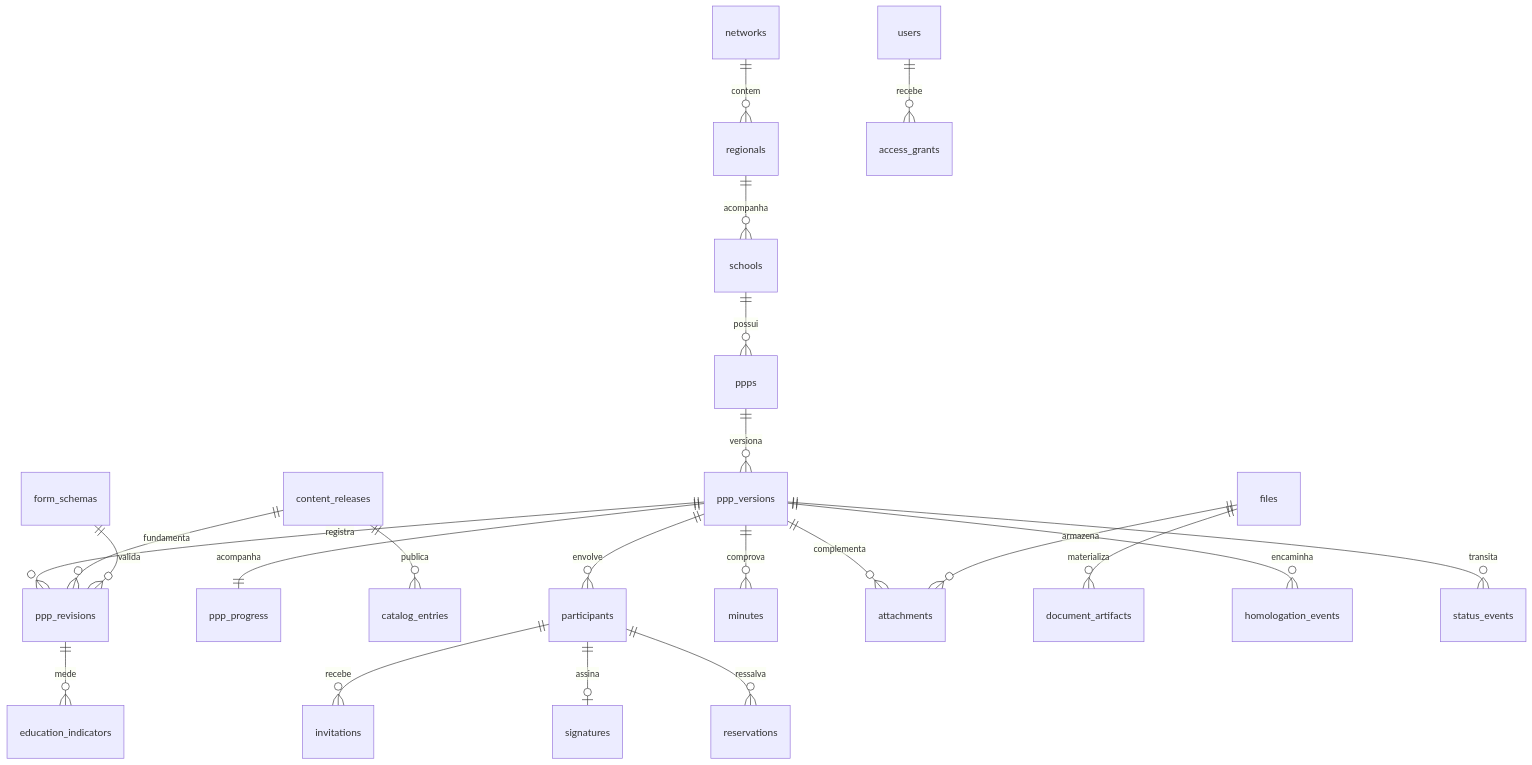
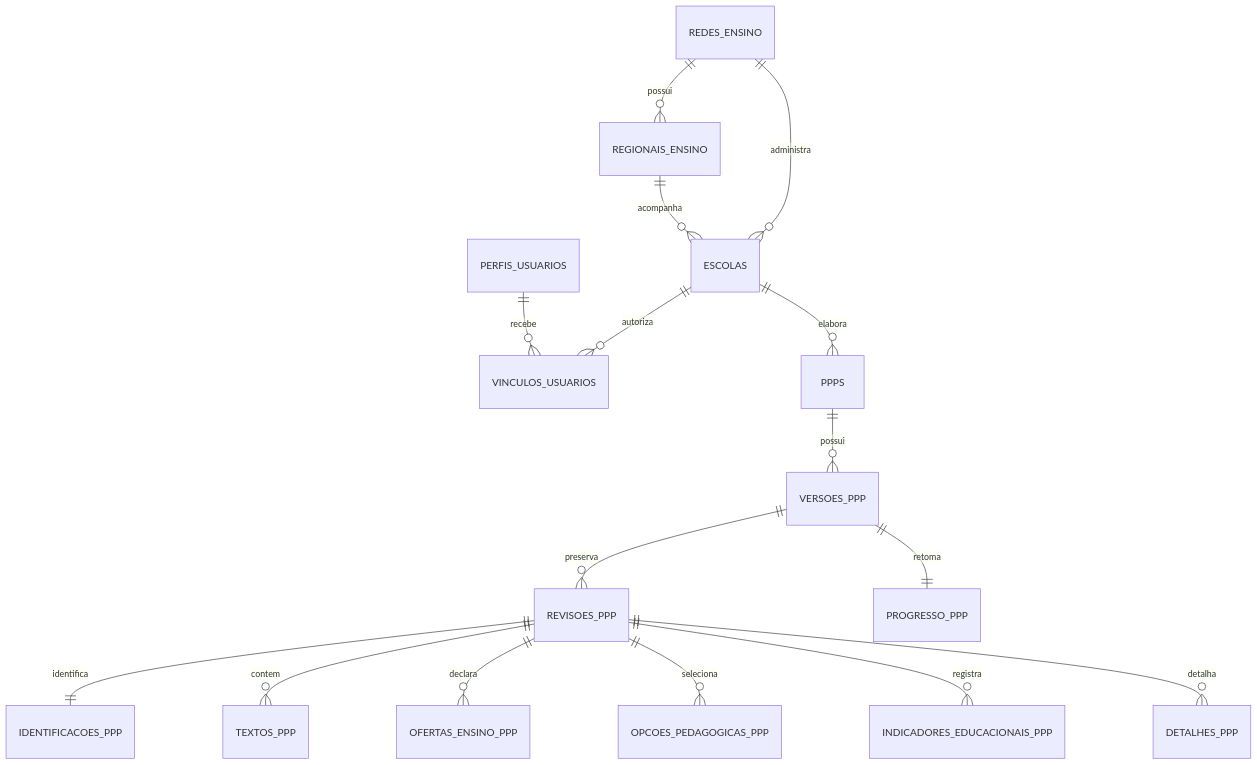
Before and after one commit to Lucaskayke814/Projeto-PPP: the diagram in docs/database-architecture.md, drawn with Mermaid. The commit also changed other lines of this file and 55 other files, not shown here.

````diff
--- a/docs/database-architecture.md
+++ b/docs/database-architecture.md
@@ -163,24 +20,18 @@
 ```mermaid
 erDiagram
-    networks ||--o{ regionals : contem
-    regionals ||--o{ schools : acompanha
-    users ||--o{ access_grants : recebe
-    schools ||--o{ ppps : possui
-    ppps ||--o{ ppp_versions : versiona
-    ppp_versions ||--o{ ppp_revisions : registra
-    ppp_versions ||--|| ppp_progress : acompanha
-    ppp_revisions ||--o{ education_indicators : mede
-    content_releases ||--o{ ppp_revisions : fundamenta
-    form_schemas ||--o{ ppp_revisions : valida
-    content_releases ||--o{ catalog_entries : publica
-    ppp_versions ||--o{ participants : envolve
-    participants ||--o{ invitations : recebe
-    participants ||--o| signatures : assina
-    participants ||--o{ reservations : ressalva
-    ppp_versions ||--o{ minutes : comprova
-    ppp_versions ||--o{ attachments : complementa
-    files ||--o{ attachments : armazena
-    files ||--o{ document_artifacts : materializa
-    ppp_versions ||--o{ homologation_events : encaminha
-    ppp_versions ||--o{ status_events : transita
+  REDES_ENSINO ||--o{ REGIONAIS_ENSINO : possui
+  REGIONAIS_ENSINO ||--o{ ESCOLAS : acompanha
+  REDES_ENSINO ||--o{ ESCOLAS : administra
+  PERFIS_USUARIOS ||--o{ VINCULOS_USUARIOS : recebe
+  ESCOLAS ||--o{ VINCULOS_USUARIOS : autoriza
+  ESCOLAS ||--o{ PPPS : elabora
+  PPPS ||--o{ VERSOES_PPP : possui
+  VERSOES_PPP ||--o{ REVISOES_PPP : preserva
+  REVISOES_PPP ||--|| IDENTIFICACOES_PPP : identifica
+  REVISOES_PPP ||--o{ TEXTOS_PPP : contem
+  REVISOES_PPP ||--o{ OFERTAS_ENSINO_PPP : declara
+  REVISOES_PPP ||--o{ OPCOES_PEDAGOGICAS_PPP : seleciona
+  REVISOES_PPP ||--o{ INDICADORES_EDUCACIONAIS_PPP : registra
+  REVISOES_PPP ||--o{ DETALHES_PPP : detalha
+  VERSOES_PPP ||--|| PROGRESSO_PPP : retoma
 ```
````
